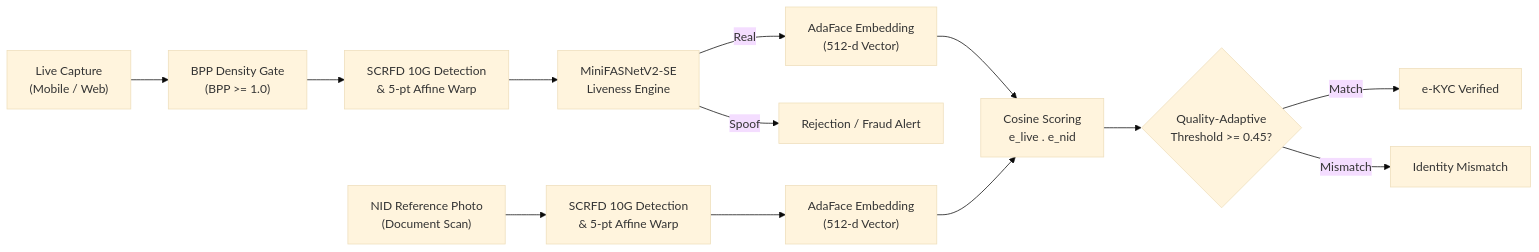
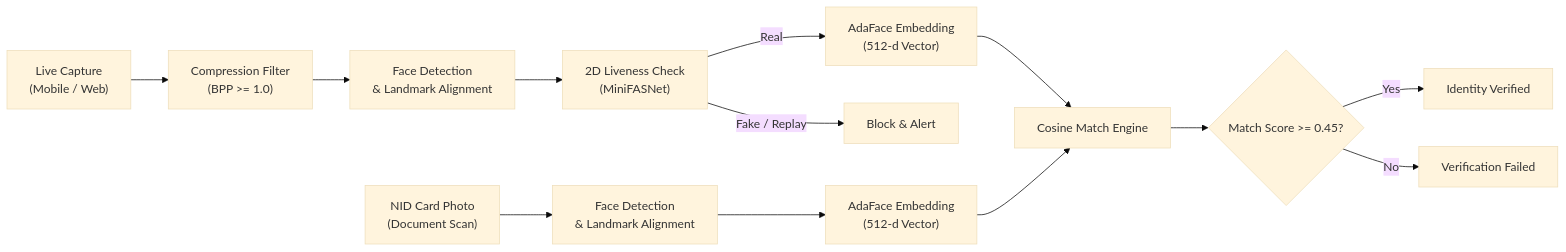
The diagram in docs/01_flagship_ekyc_face_verification.md (datawithAsif/Video-Analytics-Architecture-Portfolio), drawn with Mermaid (base theme) before and after one commit. The commit also changed other lines of this file and 5 other files, not shown here.

````diff
--- a/docs/01_flagship_ekyc_face_verification.md
+++ b/docs/01_flagship_ekyc_face_verification.md
@@ -15,17 +15,17 @@
 ```mermaid
 flowchart LR
-    A["Live Capture\n(Mobile / Web)"] --> B["BPP Density Gate\n(BPP >= 1.0)"]
-    B --> C["SCRFD 10G Detection\n& 5-pt Affine Warp"]
-    C --> D["MiniFASNetV2-SE\nLiveness Engine"]
+    A["Live Capture\n(Mobile / Web)"] --> B["Compression Filter\n(BPP >= 1.0)"]
+    B --> C["Face Detection\n& Landmark Alignment"]
+    C --> D["2D Liveness Check\n(MiniFASNet)"]
     D -->|Real| E["AdaFace Embedding\n(512-d Vector)"]
-    D -->|Spoof| F["Rejection / Fraud Alert"]
+    D -->|Fake / Replay| F["Block & Alert"]
     
-    G["NID Reference Photo\n(Document Scan)"] --> H["SCRFD 10G Detection\n& 5-pt Affine Warp"]
+    G["NID Card Photo\n(Document Scan)"] --> H["Face Detection\n& Landmark Alignment"]
     H --> I["AdaFace Embedding\n(512-d Vector)"]
     
-    E --> J["Cosine Scoring\ne_live . e_nid"]
+    E --> J["Cosine Match Engine"]
     I --> J
-    J --> K{"Quality-Adaptive\nThreshold >= 0.45?"}
-    K -->|Match| L["e-KYC Verified"]
-    K -->|Mismatch| M["Identity Mismatch"]
+    J --> K{"Match Score >= 0.45?"}
+    K -->|Yes| L["Identity Verified"]
+    K -->|No| M["Verification Failed"]
 ```
````
